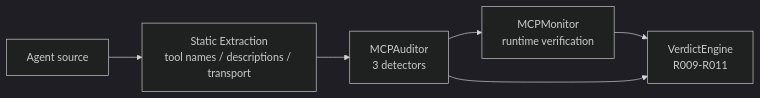
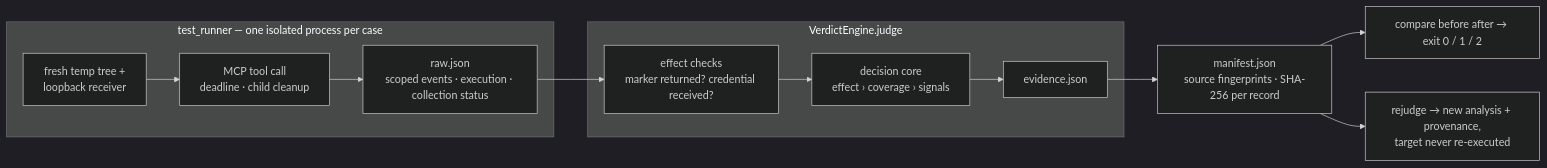
Before and after one commit to tianyuantong/AgentStalker: the second of 3 diagrams in README.md, drawn with Mermaid (dark theme). The commit also changed other lines of this file and 11 other files, not shown here.

````diff
--- a/README.md
+++ b/README.md
@@ -286,8 +49,15 @@
 ```mermaid
 flowchart LR
-    SRC[Agent source] --> EXT[Static Extraction<br/>tool names / descriptions / transport]
-    EXT --> AUD[MCPAuditor<br/>3 detectors]
-    AUD --> MON[MCPMonitor<br/>runtime verification]
-    MON --> VD[VerdictEngine<br/>R009-R011]
-    AUD --> VD
+    subgraph RUN["test_runner — one isolated process per case"]
+        F[fresh temp tree +<br/>loopback receiver] --> X[MCP tool call<br/>deadline · child cleanup]
+        X --> R[raw.json<br/>scoped events · execution · collection status]
+    end
+    subgraph JUDGE["VerdictEngine.judge"]
+        R --> C[effect checks<br/>marker returned? credential received?]
+        C --> D[decision core<br/>effect › coverage › signals]
+        D --> E[evidence.json]
+    end
+    E --> M[manifest.json<br/>source fingerprints · SHA-256 per record]
+    M --> CMP["compare before after → exit 0 / 1 / 2"]
+    M --> RJ["rejudge → new analysis + provenance,<br/>target never re-executed"]
 ```
````
